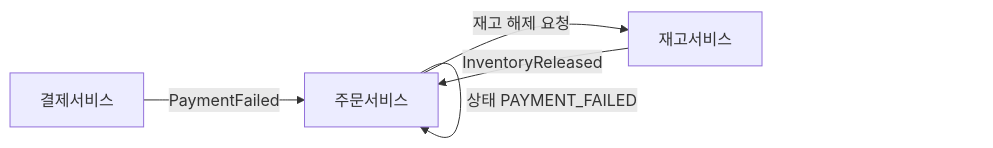
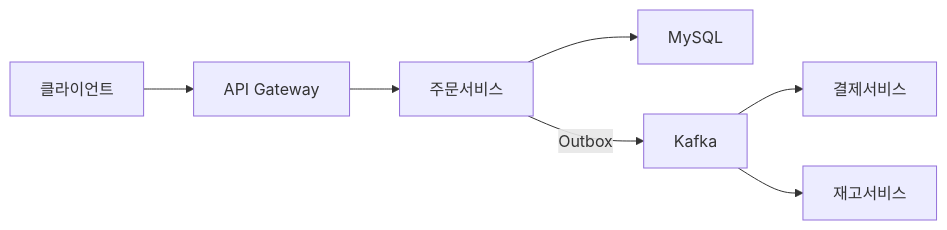
Before and after one commit to yjkim2015/yjkim2015.github.io: the third of 4 diagrams in _posts/systemdesign/2026-05-11-system-design-order.md, drawn with Mermaid. The commit also changed other lines of this file and 4 other files, not shown here.

````diff
--- a/_posts/systemdesign/2026-05-11-system-design-order.md
+++ b/_posts/systemdesign/2026-05-11-system-design-order.md
@@ -168,7 +894,9 @@
 ```mermaid
 graph LR
-    A[결제서비스] -->|PaymentFailed| B[주문서비스]
-    B -->|상태 PAYMENT_FAILED| B
-    B -->|재고 해제 요청| C[재고서비스]
-    C -->|InventoryReleased| B
+    A[클라이언트] --> B[API Gateway]
+    B --> C[주문서비스]
+    C --> D[MySQL]
+    C -->|Outbox| E[Kafka]
+    E --> F[결제서비스]
+    E --> G[재고서비스]
 ```
````
